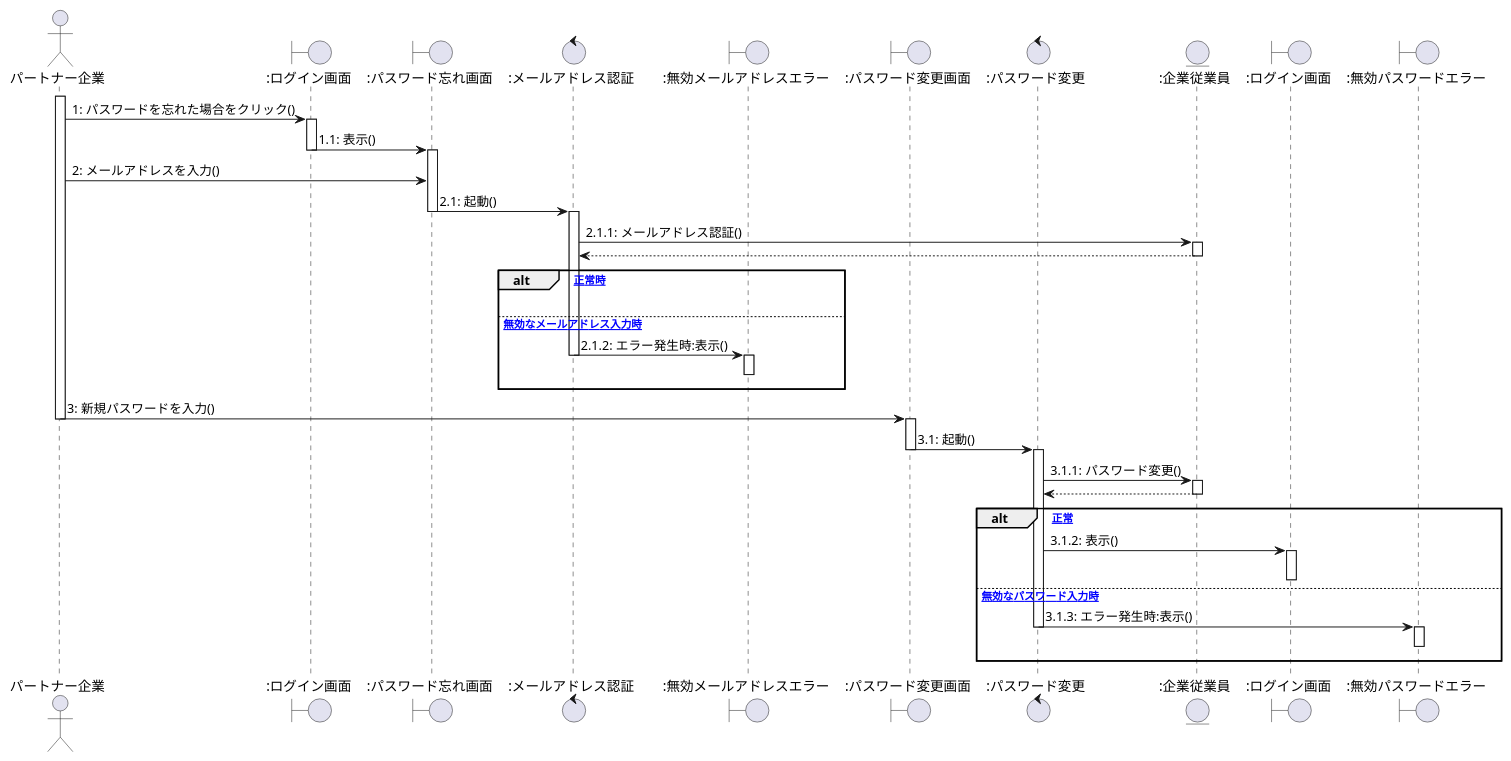
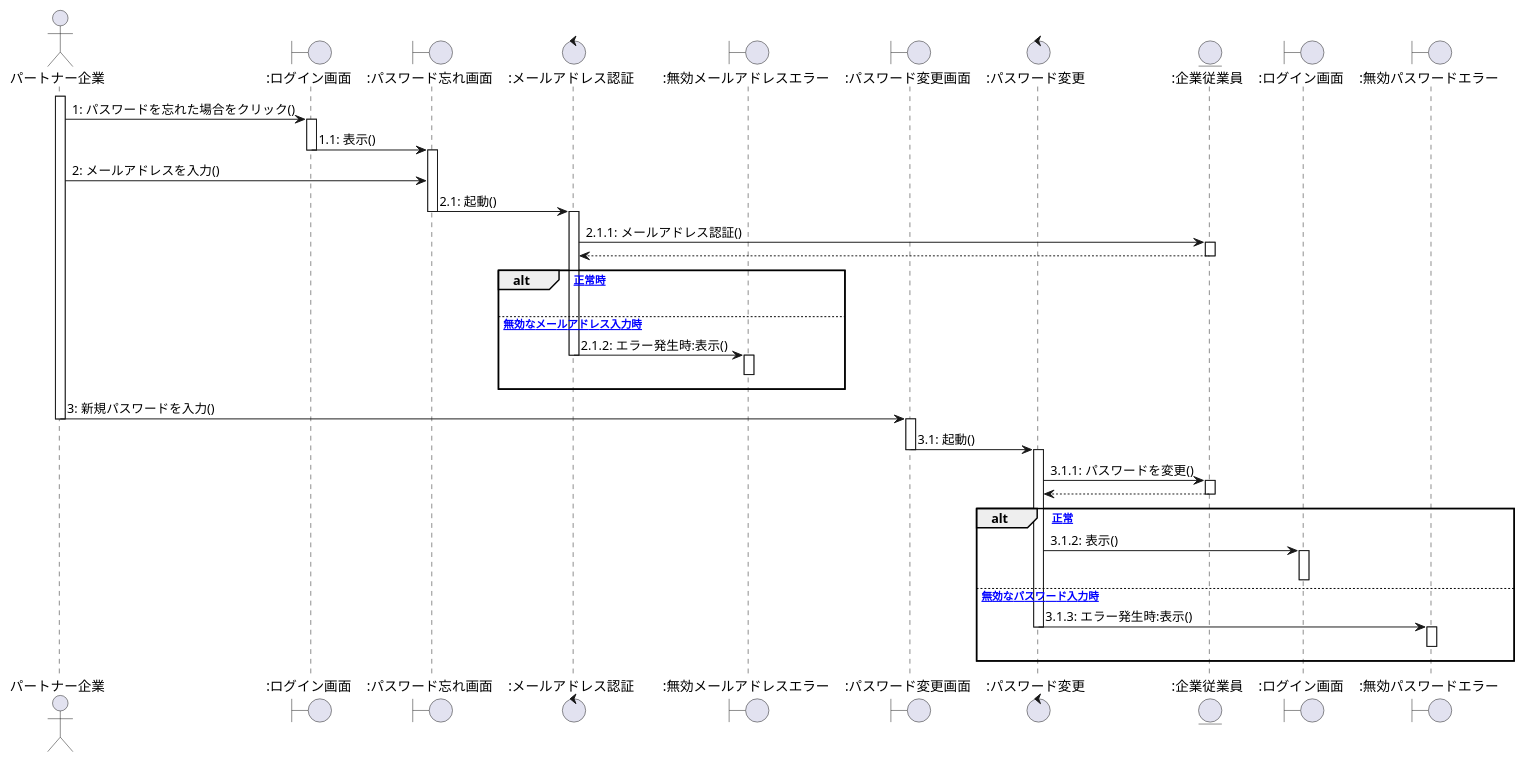
Before and after one commit to ksw2270227/GroupF: the fourth of 10 diagrams in client_sequence.plantuml, drawn with PlantUML. The commit also changed 1 other file, not shown here.

```diff
--- a/client_sequence.plantuml
+++ b/client_sequence.plantuml
@@ -131,75 +131,75 @@
 @startuml パスワード変更
 
 actor パートナー企業 as 0
 Boundary ":ログイン画面" as a
 Boundary ":パスワード忘れ画面" as b
 Control ":メールアドレス認証" as c
 Boundary ":無効メールアドレスエラー" as h
 Boundary ":パスワード変更画面" as d
 Control ":パスワード変更" as e
 Entity ":企業従業員" as en
 Boundary ":ログイン画面" as f
 Boundary ":無効パスワードエラー" as g
 
 
 activate 0
 0 -> a : 1: パスワードを忘れた場合をクリック()
 
 activate a
 a -> b : 1.1: 表示()
 deactivate a
 activate b
 
 
 0 -> b : 2: メールアドレスを入力()
 
 b -> c : 2.1: 起動()
 deactivate b
 
 activate c
 c -> en : 2.1.1: メールアドレス認証()
 activate en
 en --> c
 deactivate en
 
 alt [正常時]
 h -[hidden]-> h
 
 else [無効なメールアドレス入力時]
 c -> h : 2.1.2: エラー発生時:表示()
 deactivate c
 activate h
 h -[hidden]-> h
 deactivate h
 end
 
 
 0 -> d  : 3: 新規パスワードを入力()
 deactivate 0
 
 activate d
 d -> e : 3.1: 起動()
 deactivate d
 activate e
 
-e -> en : 3.1.1: パスワード変更()
+e -> en : 3.1.1: パスワードを変更()
 activate en
 en --> e
 deactivate en
 
 alt [正常]
 e -> f : 3.1.2: 表示()
 activate f
 deactivate f
 deactivate g
 
 else [無効なパスワード入力時]
 e -> g : 3.1.3: エラー発生時:表示()
 deactivate e
 activate g
 g -[hidden]-> g
 deactivate g
 
 end
 
 @enduml
```
